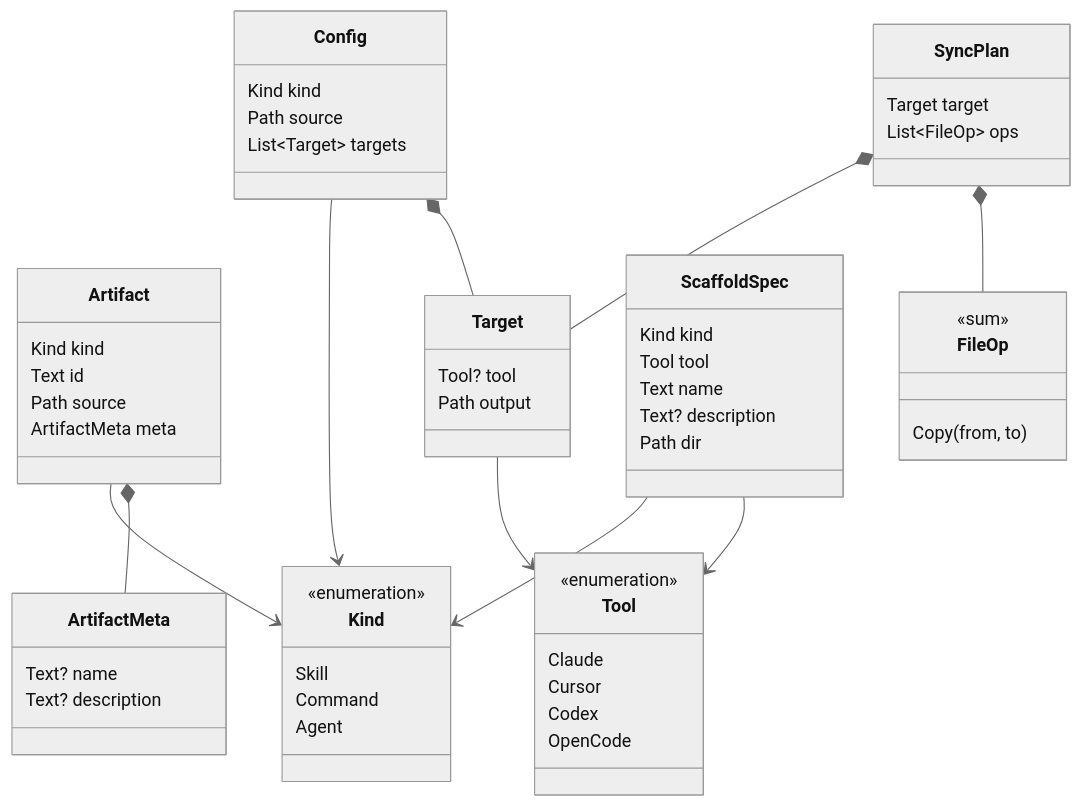
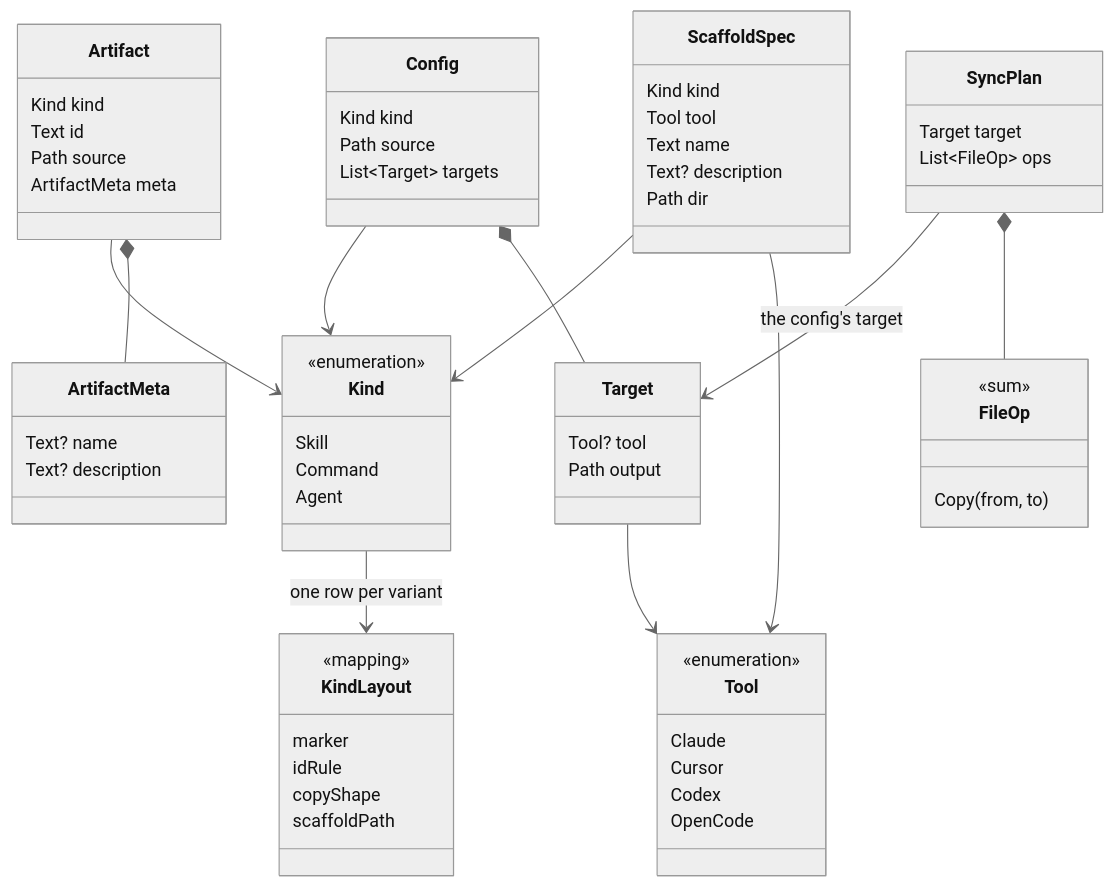
One commit to yliapis/agent-tool-box changed the diagram in docs/specs/models/README.md. Above: the diagram before and after it, drawn with Mermaid (neutral theme). The commit also changed other lines of this file and 8 other files, not shown here.

First line of the commit message:
docs(models): make the models declarative — KindLayout, invariants, normativity

````diff
--- a/docs/specs/models/README.md
+++ b/docs/specs/models/README.md
@@ -59,60 +86,68 @@
 ```mermaid
 classDiagram
   class Tool {
     <<enumeration>>
     Claude
     Cursor
     Codex
     OpenCode
   }
   class Kind {
     <<enumeration>>
     Skill
     Command
     Agent
+  }
+  class KindLayout {
+    <<mapping>>
+    marker
+    idRule
+    copyShape
+    scaffoldPath
   }
   class Artifact {
     Kind kind
     Text id
     Path source
     ArtifactMeta meta
   }
   class ArtifactMeta {
     Text? name
     Text? description
   }
   class Config {
     Kind kind
     Path source
     List~Target~ targets
   }
   class Target {
     Tool? tool
     Path output
   }
   class FileOp {
     <<sum>>
     Copy(from, to)
   }
   class SyncPlan {
     Target target
     List~FileOp~ ops
   }
   class ScaffoldSpec {
     Kind kind
     Tool tool
     Text name
     Text? description
     Path dir
   }
 
+  Kind --> KindLayout : one row per variant
   Artifact --> Kind
   Artifact *-- ArtifactMeta
   Config --> Kind
   Config *-- Target
   Target --> Tool
-  SyncPlan *-- Target
+  SyncPlan --> Target : the config's target
   SyncPlan *-- FileOp
   ScaffoldSpec --> Kind
   ScaffoldSpec --> Tool
 ```
````
